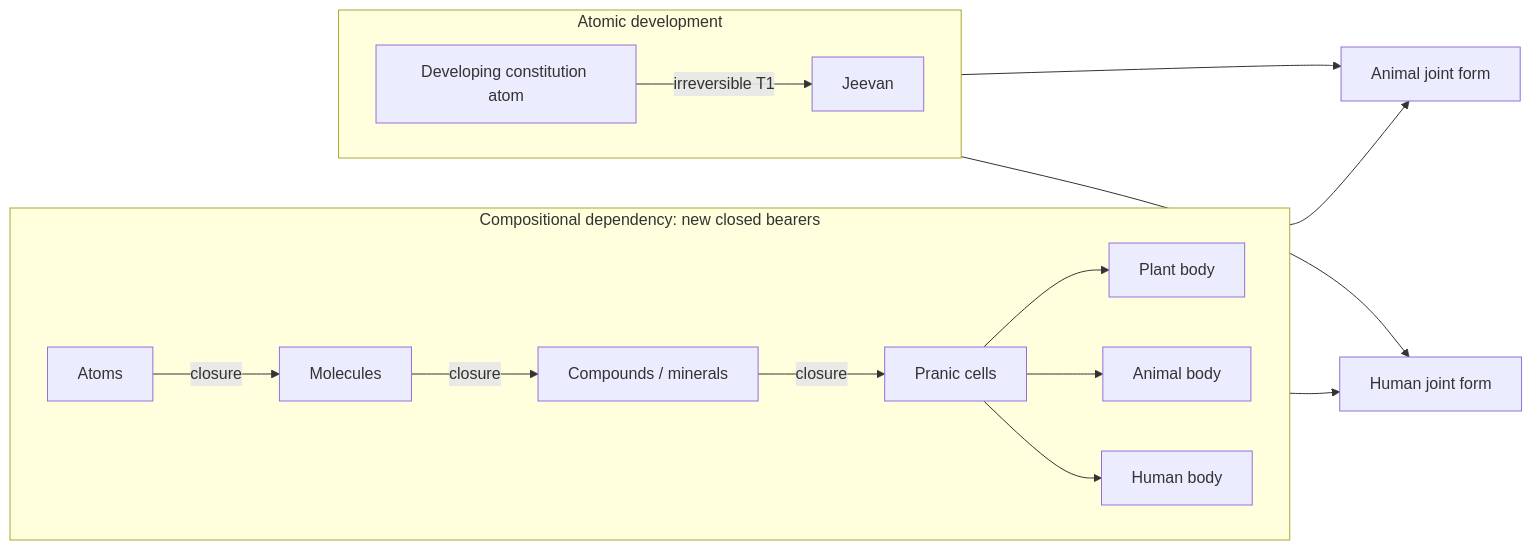
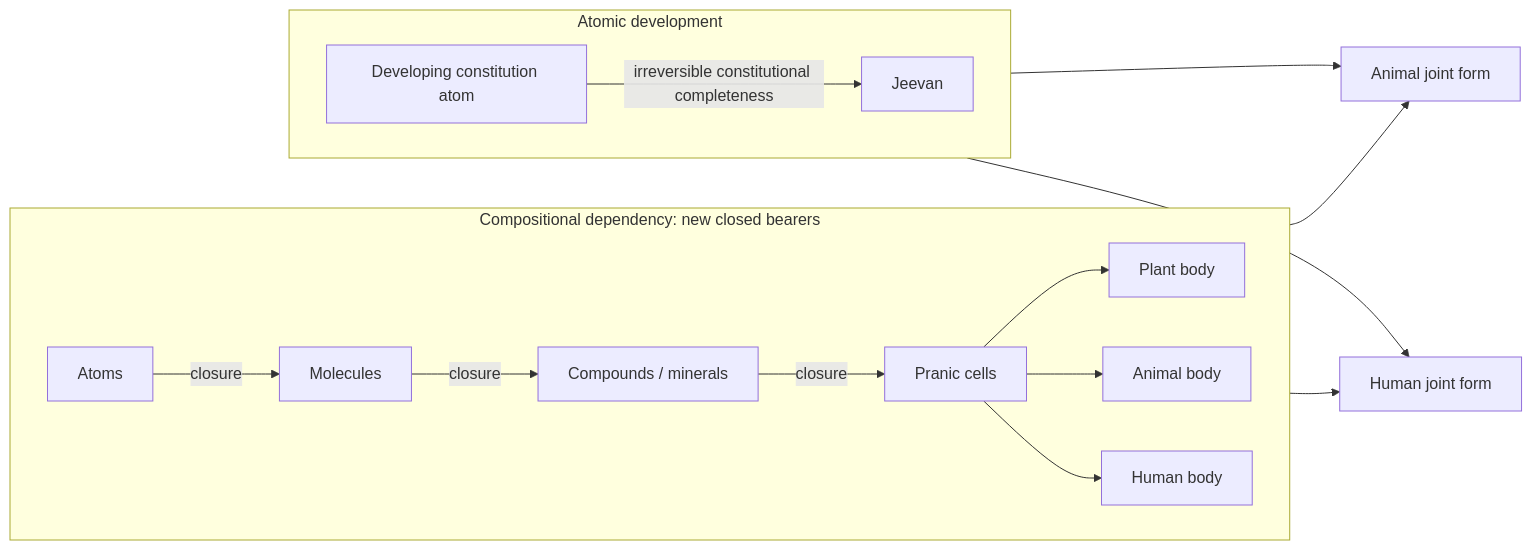
Before and after one commit to raghavamohan/AnalyticMadhyasthDarshan: the third of 7 diagrams in Studies/A-State-Dynamic-Model-Of-Coexistence/A-State-Dynamic-Model-Of-Coexistence.md, drawn with Mermaid. The commit also changed other lines of this file and 8 other files, not shown here.

````diff
--- a/Studies/A-State-Dynamic-Model-Of-Coexistence/A-State-Dynamic-Model-Of-Coexistence.md
+++ b/Studies/A-State-Dynamic-Model-Of-Coexistence/A-State-Dynamic-Model-Of-Coexistence.md
@@ -302,20 +281,20 @@
 ```mermaid
 flowchart LR
     subgraph COMPOSITION["Compositional dependency: new closed bearers"]
       direction LR
       ATOM["Atoms"] -->|"closure"| MOL["Molecules"]
       MOL -->|"closure"| COMP["Compounds / minerals"]
       COMP -->|"closure"| CELL["Pranic cells"]
       CELL --> PLANT["Plant body"]
       CELL --> ANBODY["Animal body"]
       CELL --> HUMBODY["Human body"]
     end
     subgraph ATOMIC["Atomic development"]
       direction LR
-      DEV["Developing constitution atom"] -->|"irreversible T1"| T1["Jeevan"]
+      DEV["Developing constitution atom"] -->|"irreversible constitutional completeness"| JEEVAN["Jeevan"]
     end
     ANBODY --> ANIMAL["Animal joint form"]
-    T1 --> ANIMAL
+    JEEVAN --> ANIMAL
     HUMBODY --> HUMAN["Human joint form"]
-    T1 --> HUMAN
+    JEEVAN --> HUMAN
 ```
````
